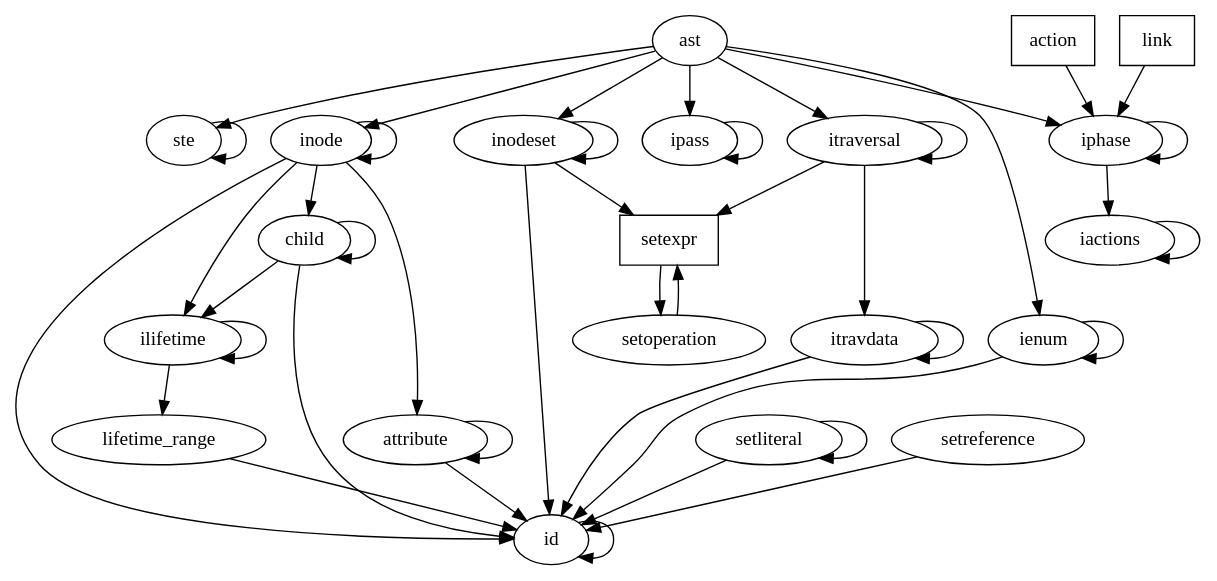
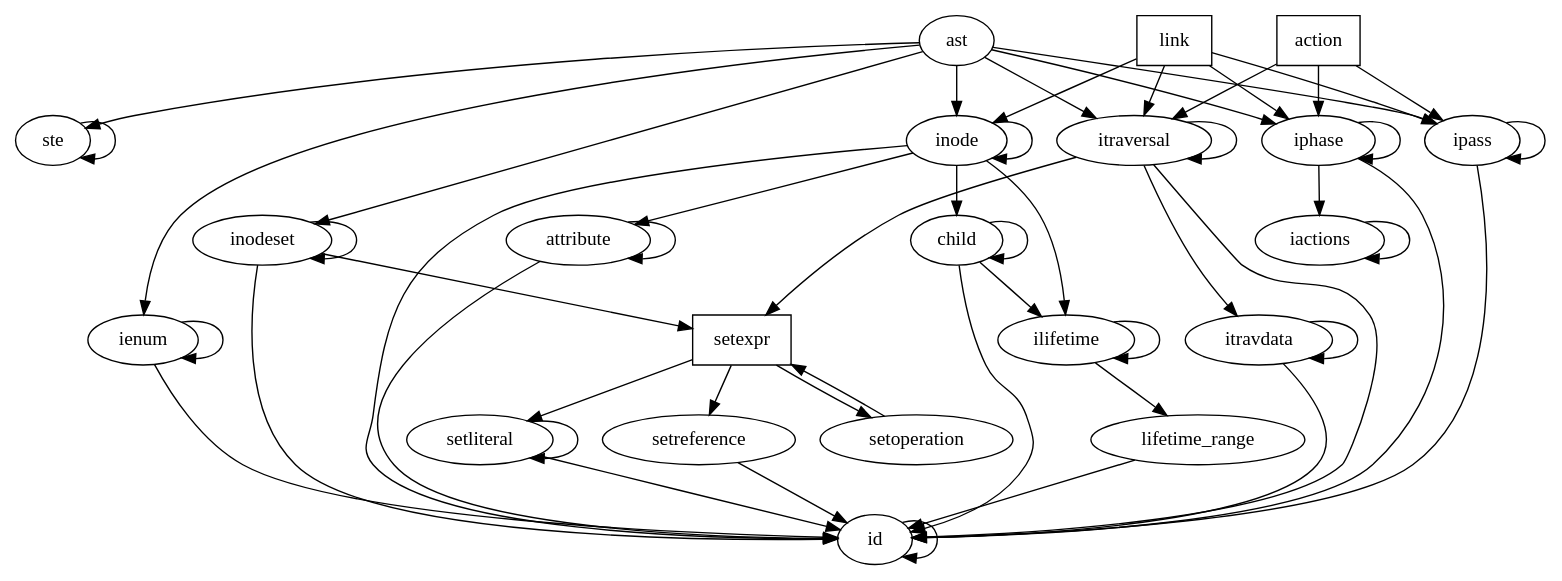
One commit to CoCoNut-UvA/coconut changed the diagram in bootstrap/ccngen/ast.dot. Above: the diagram before and after it, drawn with Graphviz. The commit also changed 34 other files, not shown here.

```diff
--- a/bootstrap/ccngen/ast.dot
+++ b/bootstrap/ccngen/ast.dot
@@ -1,48 +1,58 @@
 digraph Ast {
 id -> id
 ienum -> id
 ienum -> ienum
 attribute -> id
 attribute -> attribute
 itravdata -> id
 itravdata -> itravdata
 setoperation -> setexpr
 setliteral -> id
 setliteral -> setliteral
 setreference -> id
 ste -> ste
 child -> id
 child -> ilifetime
 child -> child
 lifetime_range -> id
 ilifetime -> lifetime_range
 ilifetime -> ilifetime
 inodeset -> id
 inodeset -> setexpr
 inodeset -> inodeset
 inode -> id
 inode -> inode
 inode -> child
 inode -> attribute
 inode -> ilifetime
+ipass -> id
 ipass -> ipass
+itraversal -> id
 itraversal -> setexpr
 itraversal -> itravdata
 itraversal -> itraversal
+iphase -> id
 iphase -> iactions
 iphase -> iphase
 iactions -> iactions
 ast -> iphase
 ast -> itraversal
 ast -> ipass
 ast -> inode
 ast -> inodeset
 ast -> ienum
 ast -> ste
 setexpr [shape=box];
 setexpr -> setoperation
+setexpr -> setreference
+setexpr -> setliteral
 link [shape=box];
 link -> iphase
+link -> itraversal
+link -> ipass
+link -> inode
 action [shape=box];
 action -> iphase
+action -> itraversal
+action -> ipass
 }
```
